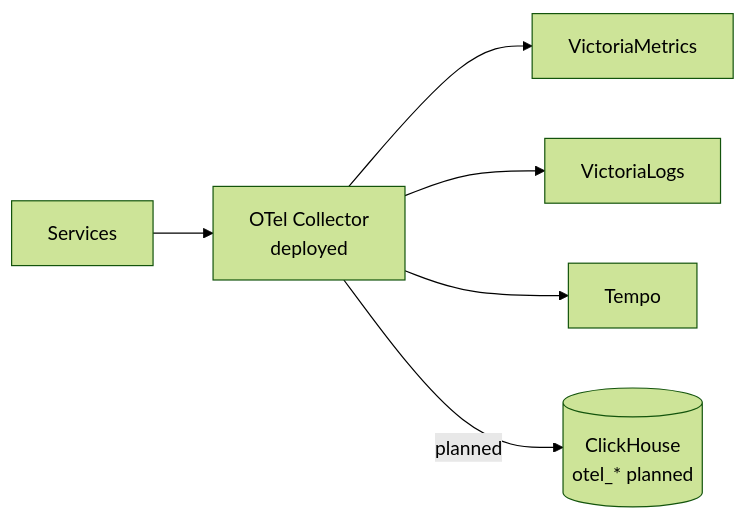
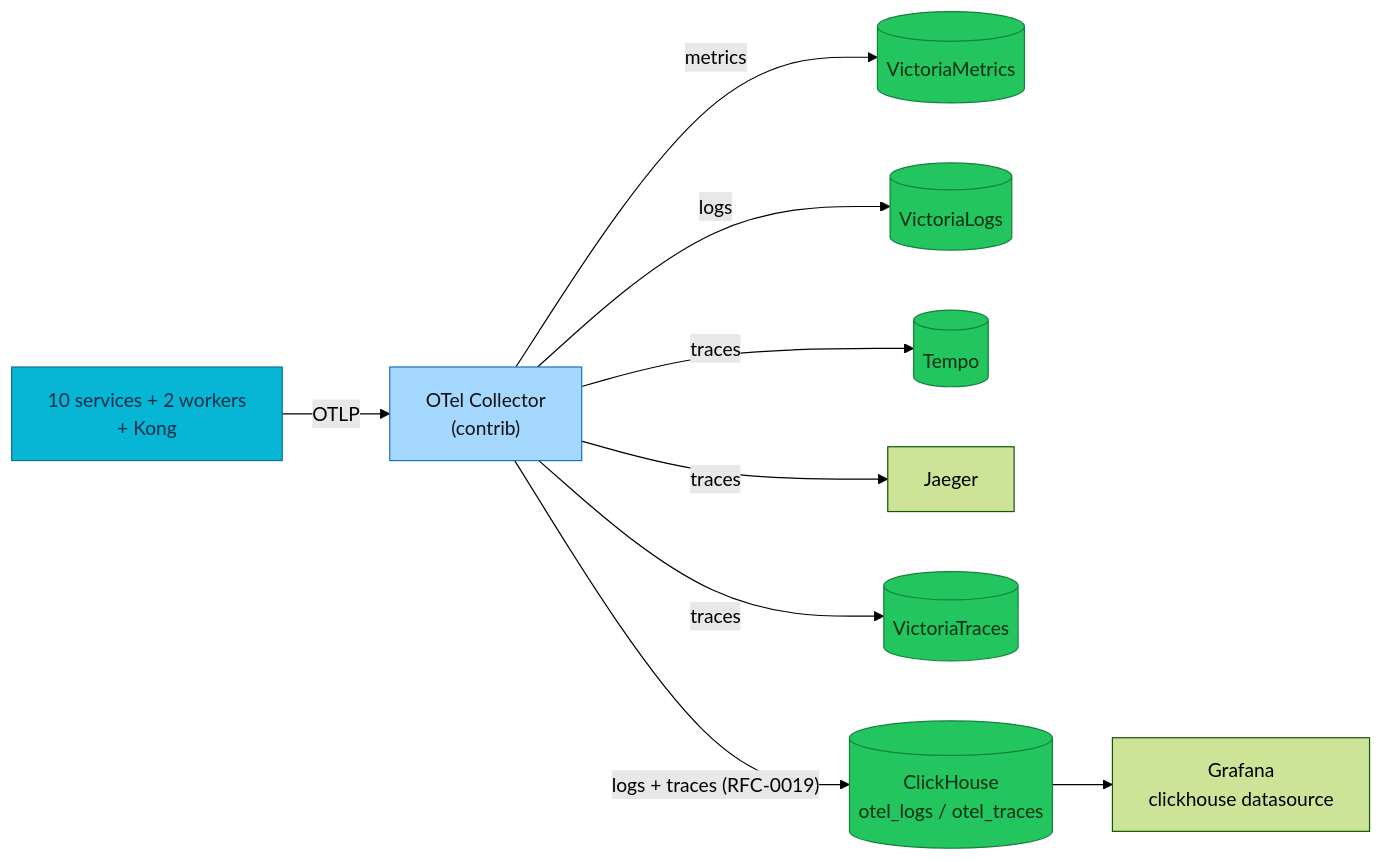
The third of 3 diagrams in docs/observability/clickhouse/README.md (duynhlab/homelab), drawn with Mermaid (forest theme) before and after one commit. The commit also changed other lines of this file and 32 other files, not shown here.

First line of the commit message:
Add ClickHouse OLAP for OTel logs+traces (RFC-0019 Phase B) (#560)

````diff
--- a/docs/observability/clickhouse/README.md
+++ b/docs/observability/clickhouse/README.md
@@ -222,8 +165,18 @@
 ```mermaid
 flowchart LR
-  Apps["Services"] --> Col["OTel Collector<br/>deployed"]
-  Col --> VM["VictoriaMetrics"]
-  Col --> VL["VictoriaLogs"]
-  Col --> Tempo["Tempo"]
-  Col -->|"planned"| CH[("ClickHouse<br/>otel_* planned")]
+  Apps["10 services + 2 workers<br/>+ Kong"] -->|OTLP| Col["OTel Collector<br/>(contrib)"]
+  Col -->|metrics| VM[("VictoriaMetrics")]
+  Col -->|logs| VL[("VictoriaLogs")]
+  Col -->|traces| Tempo[("Tempo")]
+  Col -->|traces| Jae["Jaeger"]
+  Col -->|traces| VT[("VictoriaTraces")]
+  Col -->|"logs + traces (RFC-0019)"| CH[("ClickHouse<br/>otel_logs / otel_traces")]
+  CH --> Graf["Grafana<br/>clickhouse datasource"]
+
+  classDef service fill:#06b6d4,color:#082f49,stroke:#0e7490;
+  classDef data fill:#22c55e,color:#052e16,stroke:#15803d;
+  classDef collector fill:#a5d8ff,color:#111,stroke:#1971c2;
+  class Apps service;
+  class Col collector;
+  class VM,VL,Tempo,VT,CH data;
 ```
````
